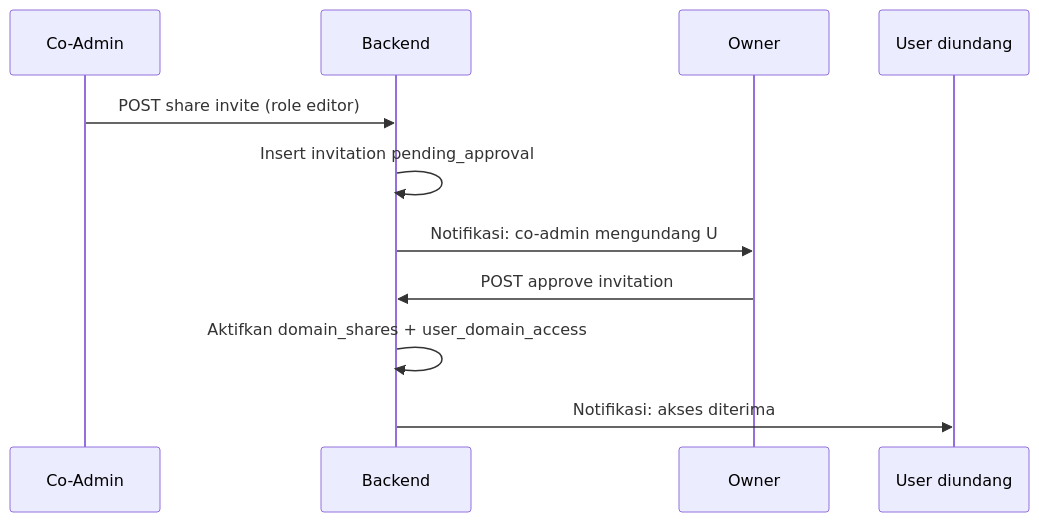
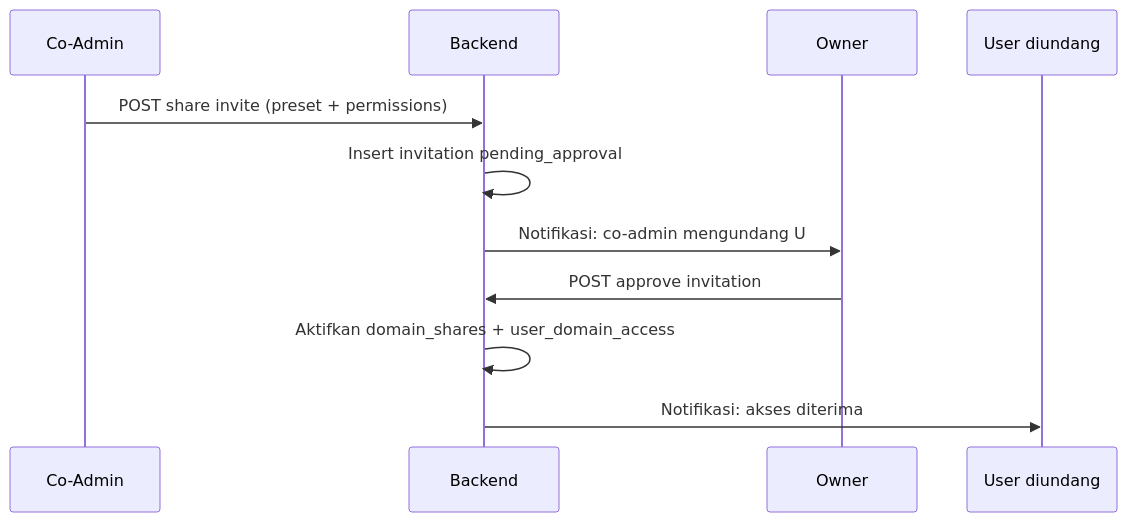
One commit to WBetEngine/Seosementara changed the second of 2 diagrams in Plan/09-model-domain-host-dan-subdomain.md. Above: the diagram before and after it, drawn with Mermaid. The commit also changed other lines of this file and 9 other files, not shown here.

````diff
--- a/Plan/09-model-domain-host-dan-subdomain.md
+++ b/Plan/09-model-domain-host-dan-subdomain.md
@@ -199,14 +201,14 @@
 ```mermaid
 sequenceDiagram
   participant CA as Co-Admin
   participant API as Backend
   participant O as Owner
   participant U as User diundang
 
-  CA->>API: POST share invite (role editor)
+  CA->>API: POST share invite (preset + permissions)
   API->>API: Insert invitation pending_approval
   API->>O: Notifikasi: co-admin mengundang U
   O->>API: POST approve invitation
   API->>API: Aktifkan domain_shares + user_domain_access
   API->>U: Notifikasi: akses diterima
 ```
````
